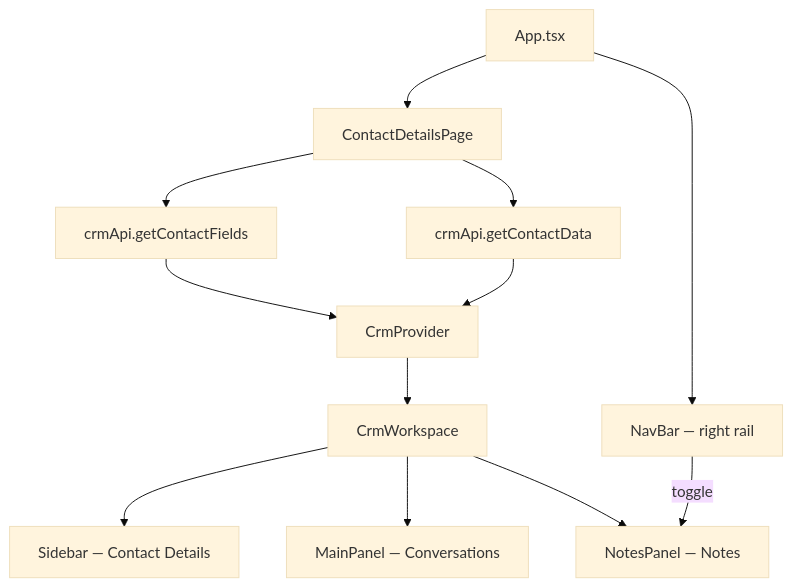
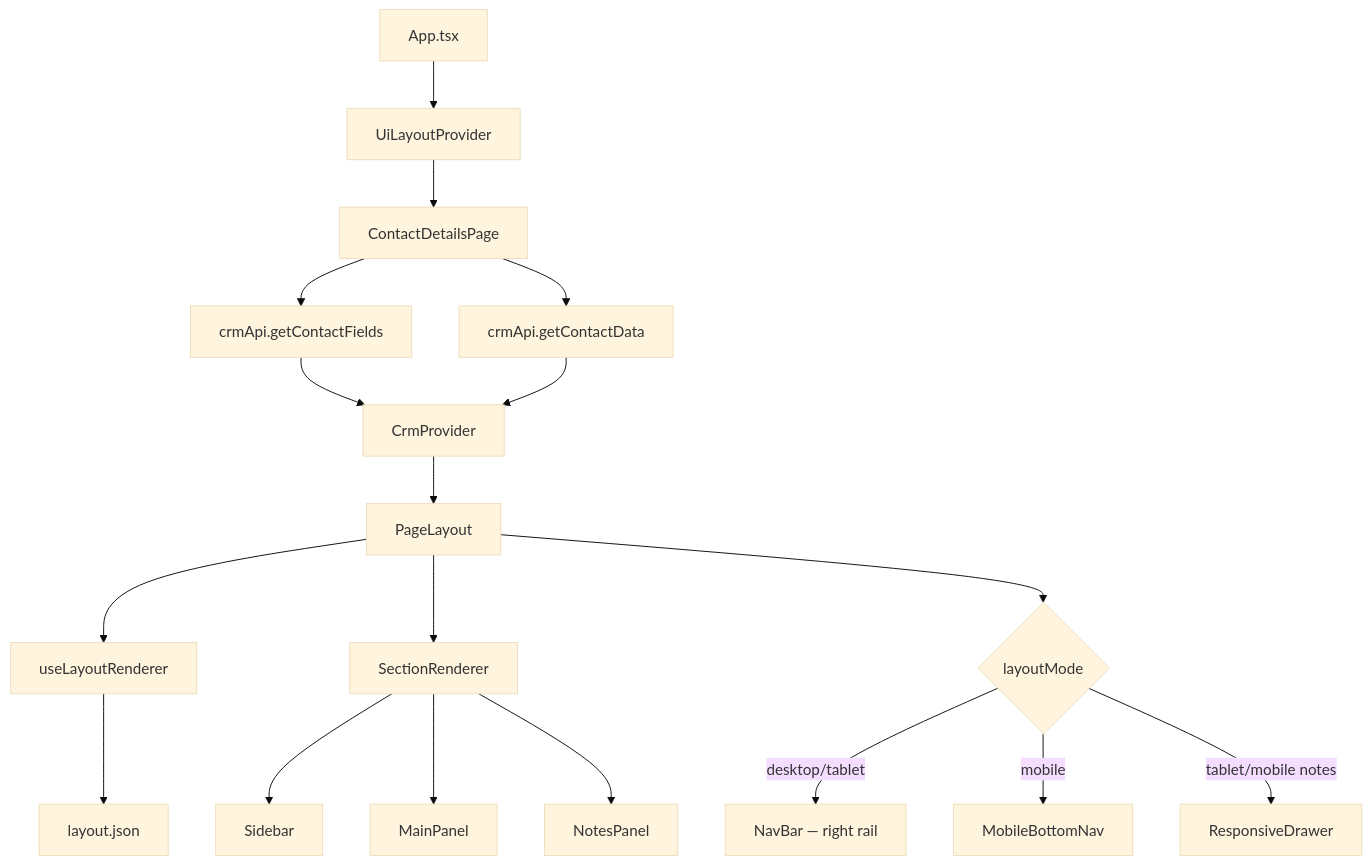
Before and after one commit to Vivek2610/config-driven-crm: the diagram in README.md, drawn with Mermaid (base theme). The commit also changed other lines of this file and 1 other file, not shown here.

````diff
--- a/README.md
+++ b/README.md
@@ -159,16 +162,22 @@
 ```mermaid
 flowchart TD
-    A[App.tsx] --> B[ContactDetailsPage]
-    B --> C[crmApi.getContactFields]
-    B --> D[crmApi.getContactData]
-    C --> E[CrmProvider]
-    D --> E
-    E --> F[CrmWorkspace]
+    A[App.tsx] --> B[UiLayoutProvider]
+    B --> C[ContactDetailsPage]
+    C --> D[crmApi.getContactFields]
+    C --> E[crmApi.getContactData]
+    D --> F[CrmProvider]
+    E --> F
+    F --> G[PageLayout]
 
-    F --> G[Sidebar — Contact Details]
-    F --> H[MainPanel — Conversations]
-    F --> I[NotesPanel — Notes]
+    G --> H[useLayoutRenderer]
+    H --> I[layout.json]
+    G --> J[SectionRenderer]
+    J --> K[Sidebar]
+    J --> L[MainPanel]
+    J --> M[NotesPanel]
 
-    A --> J[NavBar — right rail]
-    J -->|toggle| I
+    G --> N{layoutMode}
+    N -->|desktop/tablet| O[NavBar — right rail]
+    N -->|mobile| P[MobileBottomNav]
+    N -->|tablet/mobile notes| Q[ResponsiveDrawer]
 ```
````
